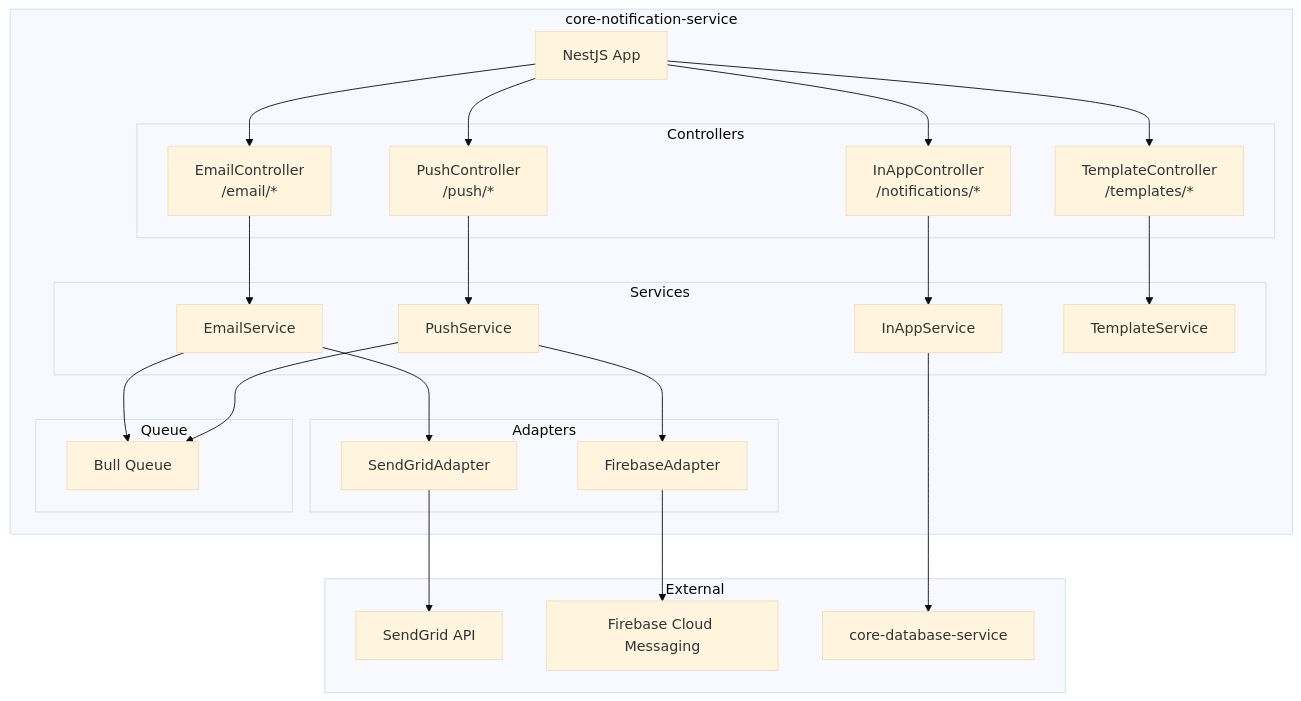
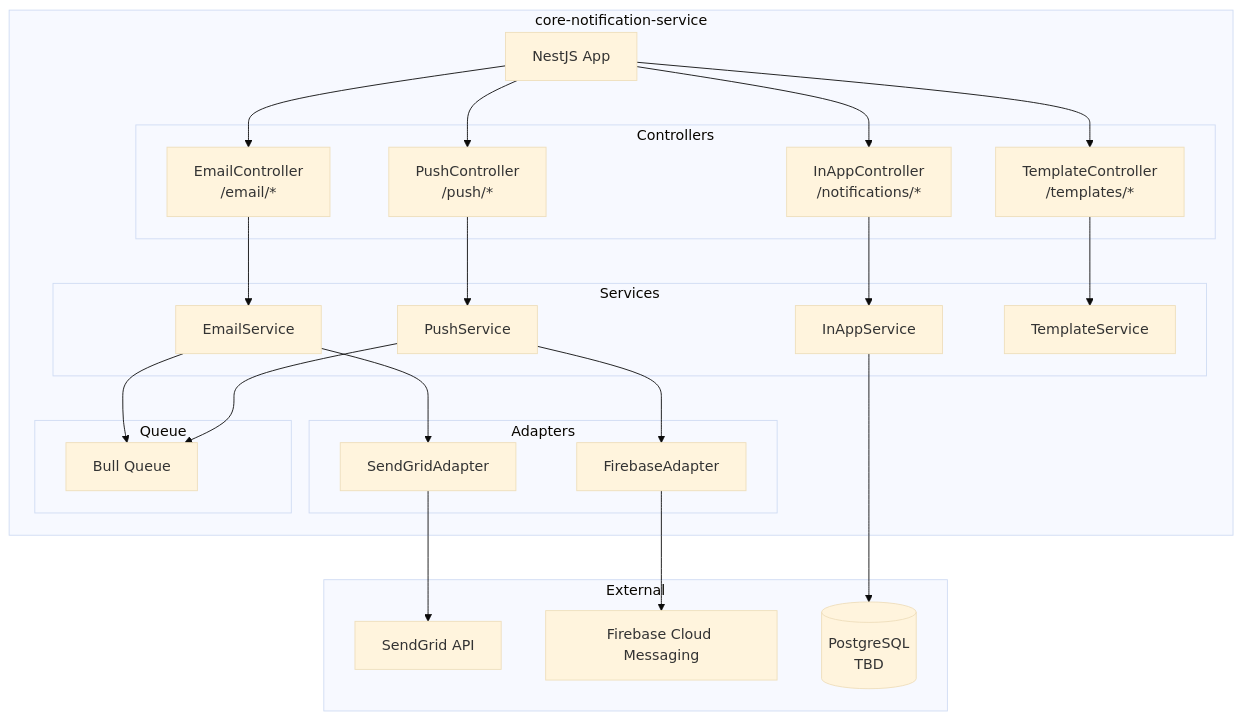
Before and after one commit to VisioBook-ESP/docs-architecture: the first of 4 diagrams in microservices/core-notification-service.md, drawn with Mermaid (base theme). The commit also changed other lines of this file and 15 other files, not shown here.

````diff
--- a/microservices/core-notification-service.md
+++ b/microservices/core-notification-service.md
@@ -24,56 +24,56 @@
 ```mermaid
 graph TB
     subgraph "core-notification-service"
         API[NestJS App]
 
         subgraph "Controllers"
             EMAIL[EmailController<br/>/email/*]
             PUSH[PushController<br/>/push/*]
             INAPP[InAppController<br/>/notifications/*]
             TPL[TemplateController<br/>/templates/*]
         end
 
         subgraph "Services"
             EMAIL_SVC[EmailService]
             PUSH_SVC[PushService]
             INAPP_SVC[InAppService]
             TPL_SVC[TemplateService]
         end
 
         subgraph "Adapters"
             SENDGRID[SendGridAdapter]
             FCM[FirebaseAdapter]
         end
 
         subgraph "Queue"
             BULL[Bull Queue]
         end
     end
 
     subgraph "External"
         SENDGRID_API[SendGrid API]
         FIREBASE[Firebase Cloud Messaging]
-        DB[core-database-service]
+        PG[(PostgreSQL<br/>TBD)]
     end
 
     API --> EMAIL
     API --> PUSH
     API --> INAPP
     API --> TPL
 
     EMAIL --> EMAIL_SVC
     PUSH --> PUSH_SVC
     INAPP --> INAPP_SVC
     TPL --> TPL_SVC
 
     EMAIL_SVC --> SENDGRID
     PUSH_SVC --> FCM
 
     SENDGRID --> SENDGRID_API
     FCM --> FIREBASE
 
     EMAIL_SVC --> BULL
     PUSH_SVC --> BULL
 
-    INAPP_SVC --> DB
+    INAPP_SVC --> PG
 ```
````
